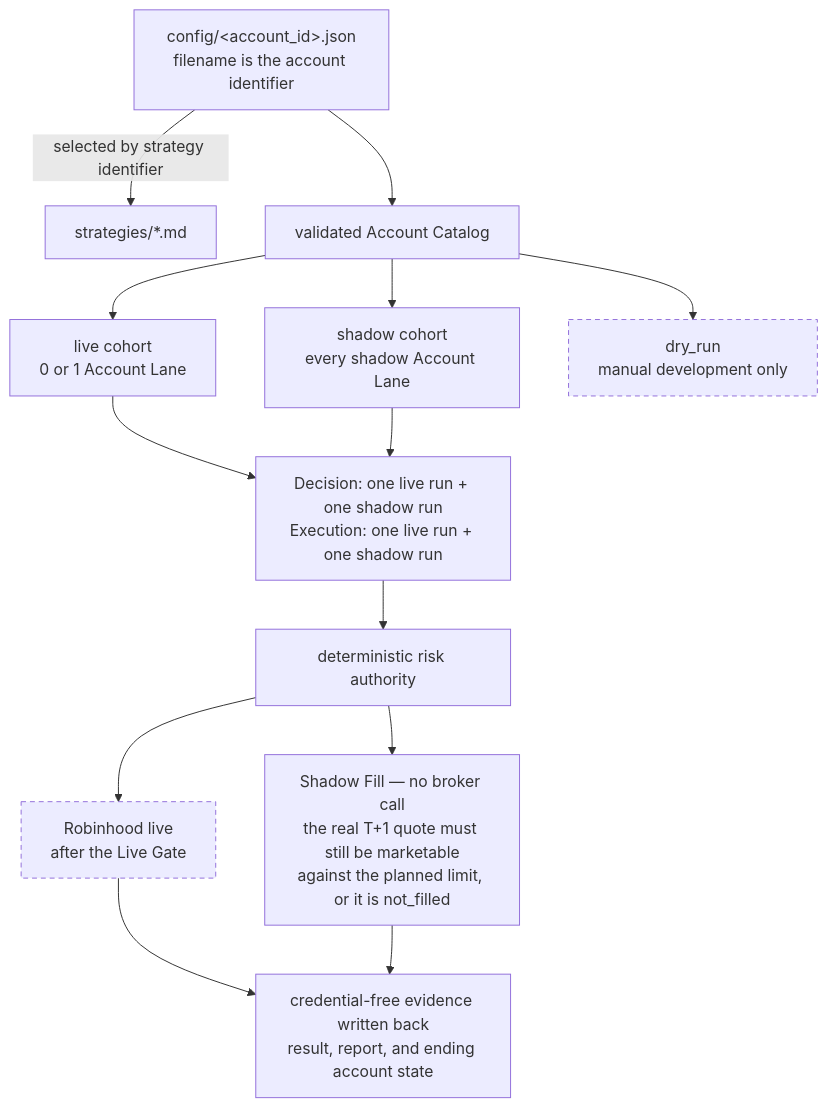
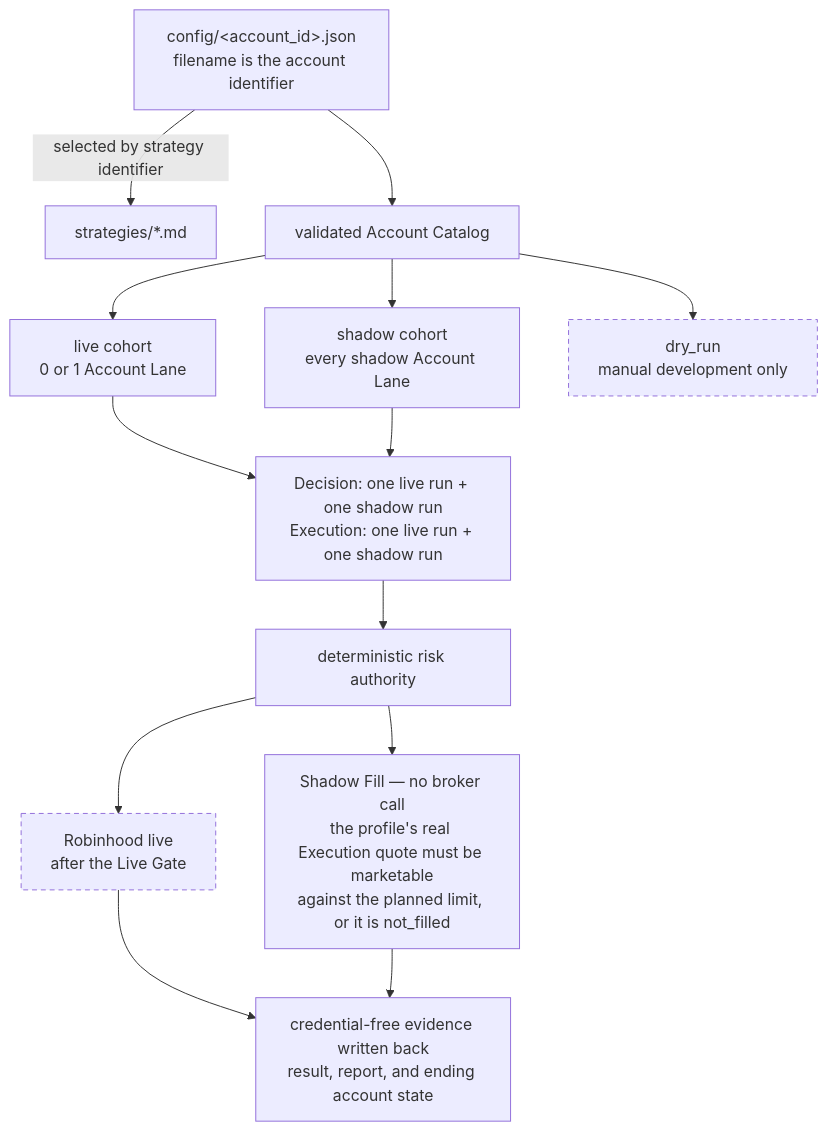
Before and after one commit to Alicia1529/ripple-agentic-trading: the diagram in PROPOSAL.md, drawn with Mermaid. The commit also changed other lines of this file and 17 other files, not shown here.

Commit message:
Execution: implement cycle-profile seam

````diff
--- a/PROPOSAL.md
+++ b/PROPOSAL.md
@@ -18,26 +18,26 @@
 ```mermaid
 flowchart TD
     SPEC["strategies/*.md"]
     CFG["config/&lt;account_id&gt;.json<br/>filename is the account identifier"]
     CFG -->|"selected by strategy identifier"| SPEC
     CFG --> CAT["validated Account Catalog"]
 
     CAT --> LIVE["live cohort<br/>0 or 1 Account Lane"]
     CAT --> SHDW["shadow cohort<br/>every shadow Account Lane"]
     CAT --> DRY["dry_run<br/>manual development only"]
 
     LIVE --> RUNS
     SHDW --> RUNS
     RUNS["Decision: one live run + one shadow run<br/>Execution: one live run + one shadow run"]
 
     RUNS --> RISK["deterministic risk authority"]
     RISK --> L["Robinhood live<br/>after the Live Gate"]
-    RISK --> S["Shadow Fill — no broker call<br/>the real T+1 quote must still be marketable<br/>against the planned limit, or it is not_filled"]
+    RISK --> S["Shadow Fill — no broker call<br/>the profile's real Execution quote must be marketable<br/>against the planned limit, or it is not_filled"]
 
     L --> ST
     S --> ST
     ST["credential-free evidence written back<br/>result, report, and ending account state"]
 
     classDef gated stroke-dasharray: 5 4;
     class L,DRY gated;
 ```
````
